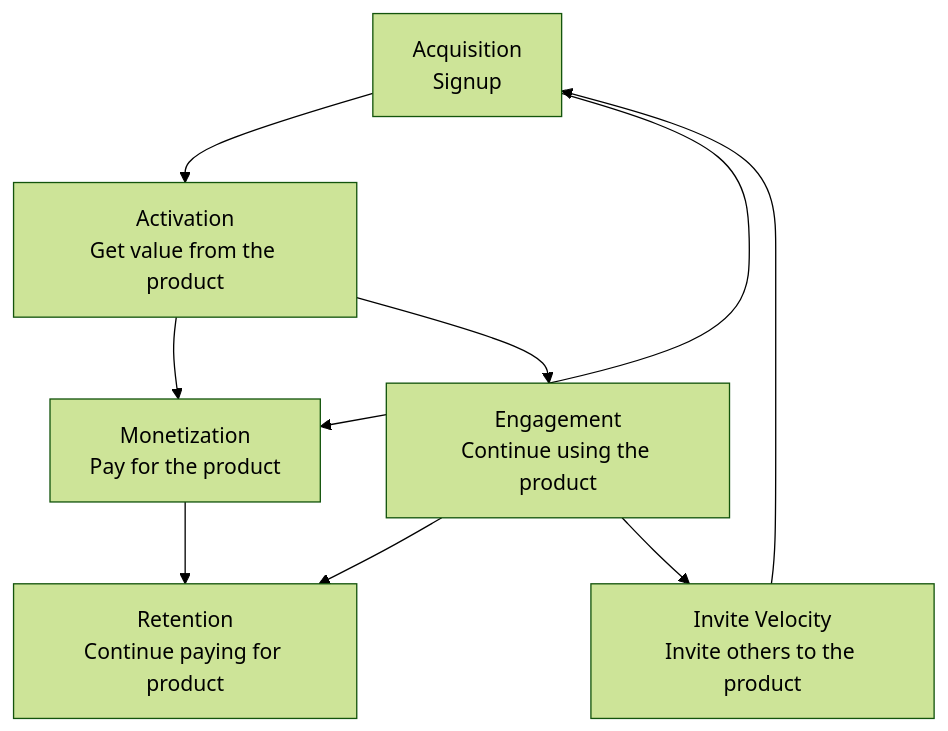
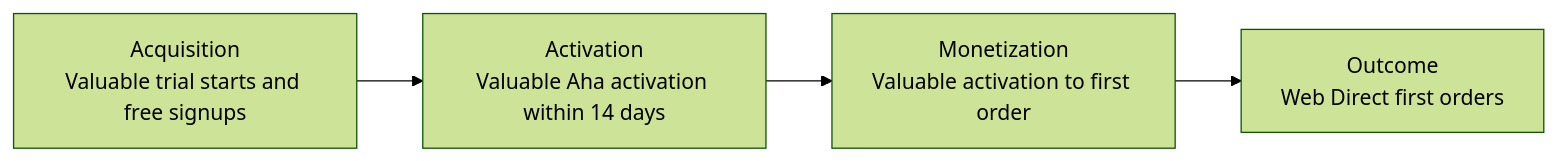
One commit to kyama0/gitlab-handbook-ja changed the diagram in content/handbook/engineering/development/growth/_index.md. Above: the diagram before and after it, drawn with Mermaid (forest theme). The commit also changed other lines of this file and 20 other files, not shown here.

````diff
--- a/content/handbook/engineering/development/growth/_index.md
+++ b/content/handbook/engineering/development/growth/_index.md
@@ -16,18 +20,11 @@
 ```mermaid
-flowchart TD
-    ACQ["Acquisition\nSignup"]
-    ACT["Activation\nGet value from the product"]
-    MON["Monetization\nPay for the product"]
-    ENG["Engagement\nContinue using the product"]
-    RET["Retention\nContinue paying for product"]
-    INV["Invite Velocity\nInvite others to the product"]
+flowchart LR
+    ACQ["Acquisition\nValuable trial starts and free signups"]
+    ACT["Activation\nValuable Aha activation within 14 days"]
+    MON["Monetization\nValuable activation to first order"]
+    FO["Outcome\nWeb Direct first orders"]
 
     ACQ --> ACT
     ACT --> MON
-    ACT --> ENG
-    ENG --> RET
-    ENG --> INV
-    MON --> RET
-    INV --> ACQ
-    ACQ --> MON
+    MON --> FO
 ```
````
